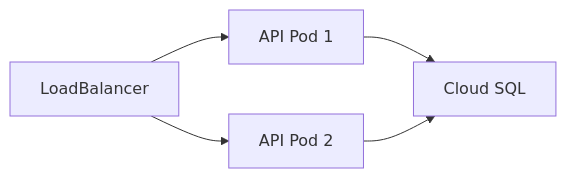
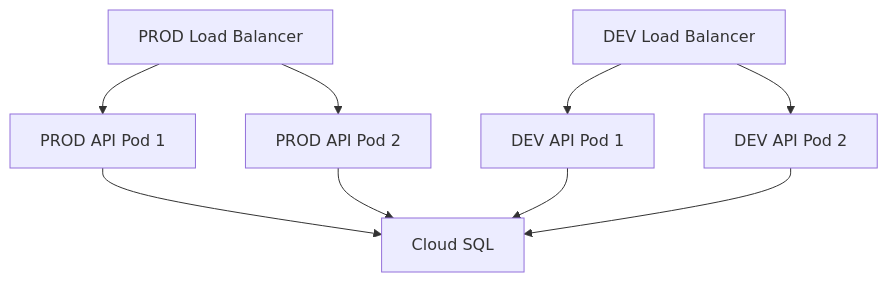
One commit to huasipango/anthony.cabrera.mega.inc.devops changed the diagram in README.md. Above: the diagram before and after it, drawn with Mermaid. The commit also changed other lines of this file and 2 other files, not shown here.

````diff
--- a/README.md
+++ b/README.md
@@ -231,7 +228,8 @@
 ```mermaid
-graph LR
-    A[LoadBalancer] --> B[API Pod 1]
-    A --> C[API Pod 2]
-    B --> D[Cloud SQL]
-    C --> D
+graph TD
+    A[PROD Load Balancer] --> B[PROD API Pod 1]
+    A --> C[PROD API Pod 2]
+    D[DEV Load Balancer] --> E[DEV API Pod 1]
+    D --> F[DEV API Pod 2]
+    B & C & E & F --> G[Cloud SQL]
 ```
````
